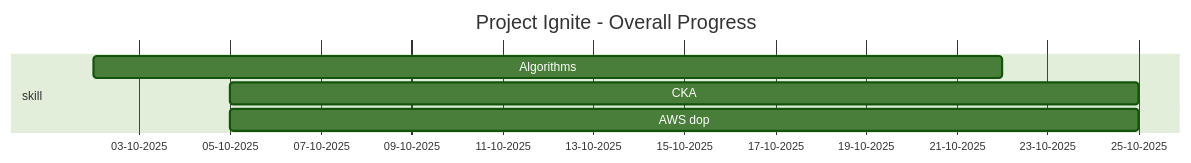
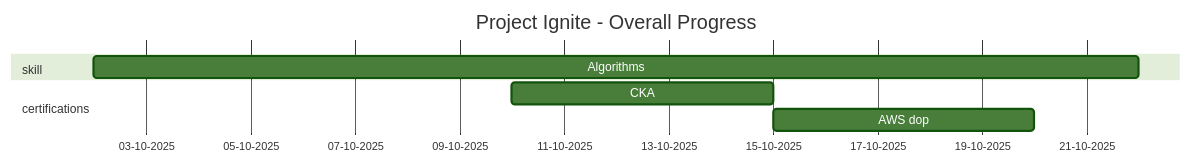
Before and after one commit to Navdeep-Singh-Ghotra/ignite: the second of 2 diagrams in README.md, drawn with Mermaid (forest theme).

Commit message:
adding mermaid template for gantt

````diff
--- a/README.md
+++ b/README.md
@@ -34,10 +34,11 @@
 ```mermaid
 gantt
     title Project Ignite - Overall Progress
     dateFormat  DD-MM-YYYY
     axisFormat %d-%m-%Y
     section skill
     Algorithms       : a1, 02-10-2025, 20d
-    CKA      : 05-10-2025, 20d
-    AWS dop       : 05-10-2025, 20d
+    section certifications
+    CKA       : 10-10-2025, 5d
+    AWS dop       : 15-10-2025, 5d
 ```
````
